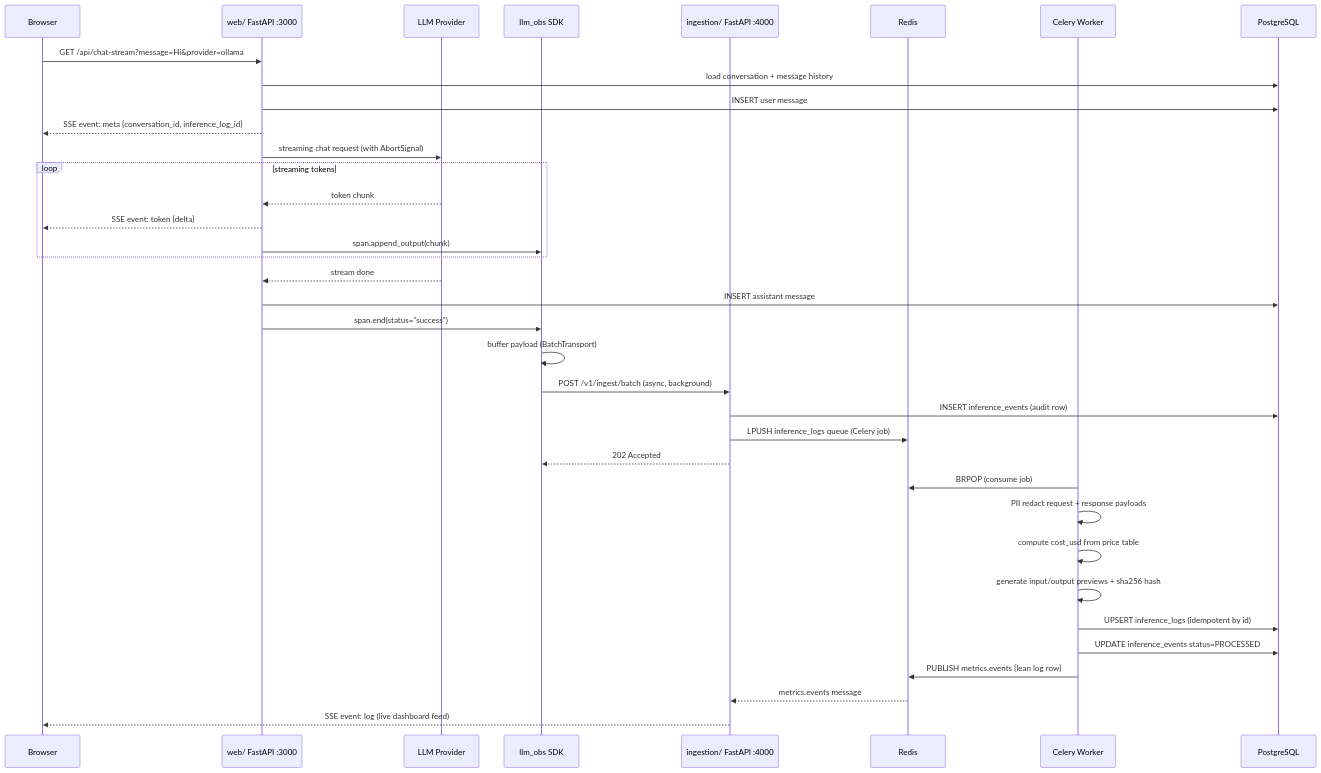
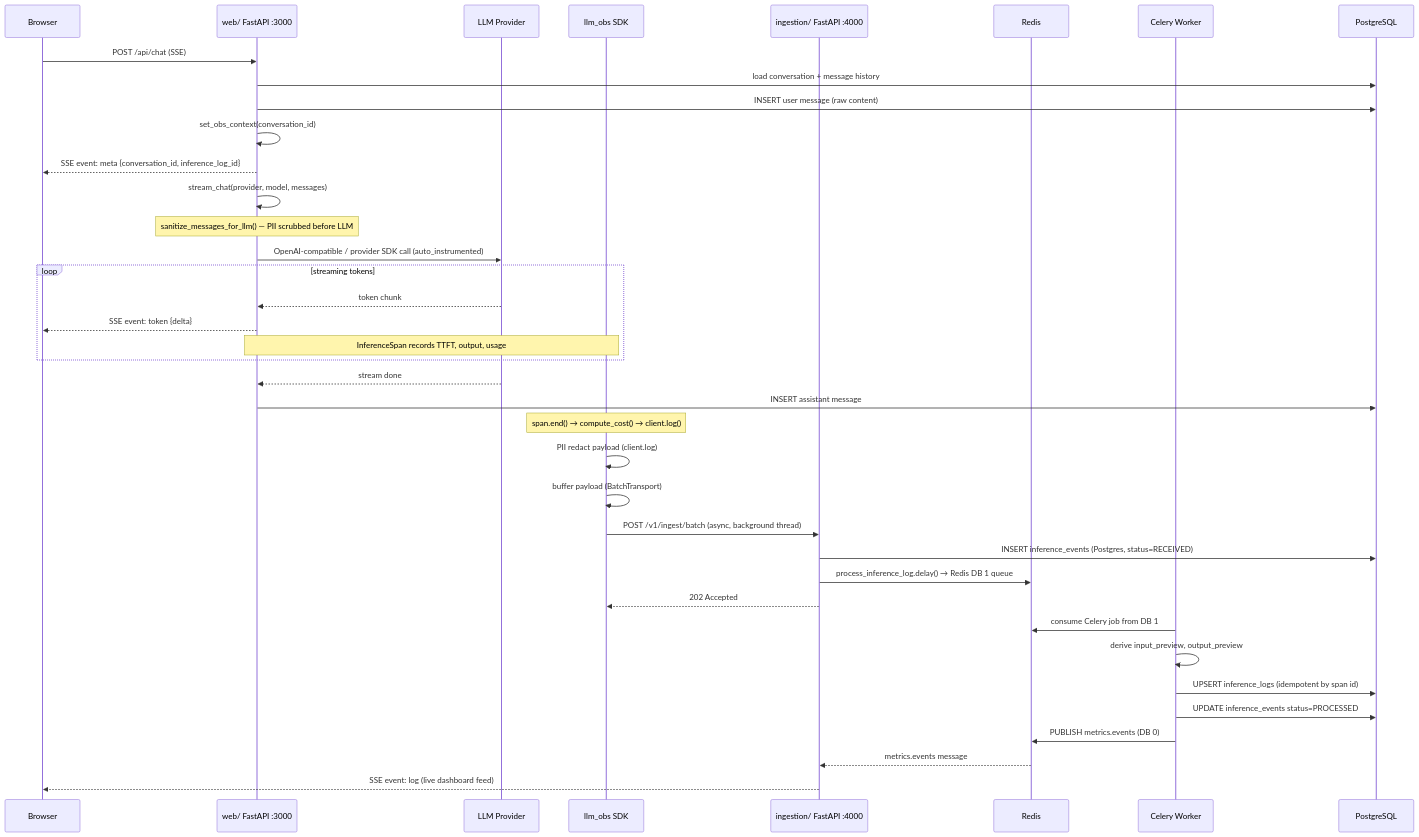
The second of 10 diagrams in ARCHITECTURE.md (repanareddysekhar/chatbot-llm-observability), drawn with Mermaid before and after one commit. The commit also changed other lines of this file and 1 other file, not shown here.

````diff
--- a/ARCHITECTURE.md
+++ b/ARCHITECTURE.md
@@ -178,45 +189,47 @@
 ```mermaid
 sequenceDiagram
     participant Browser
     participant Web as web/ FastAPI :3000
     participant LLM as LLM Provider
     participant SDK as llm_obs SDK
     participant Ingest as ingestion/ FastAPI :4000
     participant Redis
     participant Worker as Celery Worker
     participant DB as PostgreSQL
 
-    Browser->>Web: GET /api/chat-stream?message=Hi&provider=ollama
+    Browser->>Web: POST /api/chat (SSE)
     Web->>DB: load conversation + message history
-    Web->>DB: INSERT user message
+    Web->>DB: INSERT user message (raw content)
+    Web->>Web: set_obs_context(conversation_id)
     Web-->>Browser: SSE event: meta {conversation_id, inference_log_id}
 
-    Web->>LLM: streaming chat request (with AbortSignal)
+    Web->>Web: stream_chat(provider, model, messages)
+    Note over Web: sanitize_messages_for_llm() — PII scrubbed before LLM
+    Web->>LLM: OpenAI-compatible / provider SDK call (auto_instrumented)
     loop streaming tokens
         LLM-->>Web: token chunk
         Web-->>Browser: SSE event: token {delta}
-        Web->>SDK: span.append_output(chunk)
+        Note over Web,SDK: InferenceSpan records TTFT, output, usage
     end
 
     LLM-->>Web: stream done
     Web->>DB: INSERT assistant message
-    Web->>SDK: span.end(status="success")
+    Note over SDK: span.end() → compute_cost() → client.log()
 
+    SDK->>SDK: PII redact payload (client.log)
     SDK->>SDK: buffer payload (BatchTransport)
-    SDK->>Ingest: POST /v1/ingest/batch (async, background)
+    SDK->>Ingest: POST /v1/ingest/batch (async, background thread)
 
-    Ingest->>DB: INSERT inference_events (audit row)
-    Ingest->>Redis: LPUSH inference_logs queue (Celery job)
+    Ingest->>DB: INSERT inference_events (Postgres, status=RECEIVED)
+    Ingest->>Redis: process_inference_log.delay() → Redis DB 1 queue
     Ingest-->>SDK: 202 Accepted
 
-    Worker->>Redis: BRPOP (consume job)
-    Worker->>Worker: PII redact request + response payloads
-    Worker->>Worker: compute cost_usd from price table
-    Worker->>Worker: generate input/output previews + sha256 hash
-    Worker->>DB: UPSERT inference_logs (idempotent by id)
+    Worker->>Redis: consume Celery job from DB 1
+    Worker->>Worker: derive input_preview, output_preview
+    Worker->>DB: UPSERT inference_logs (idempotent by span id)
     Worker->>DB: UPDATE inference_events status=PROCESSED
-    Worker->>Redis: PUBLISH metrics.events {lean log row}
+    Worker->>Redis: PUBLISH metrics.events (DB 0)
 
     Redis-->>Ingest: metrics.events message
     Ingest-->>Browser: SSE event: log (live dashboard feed)
 ```
````
